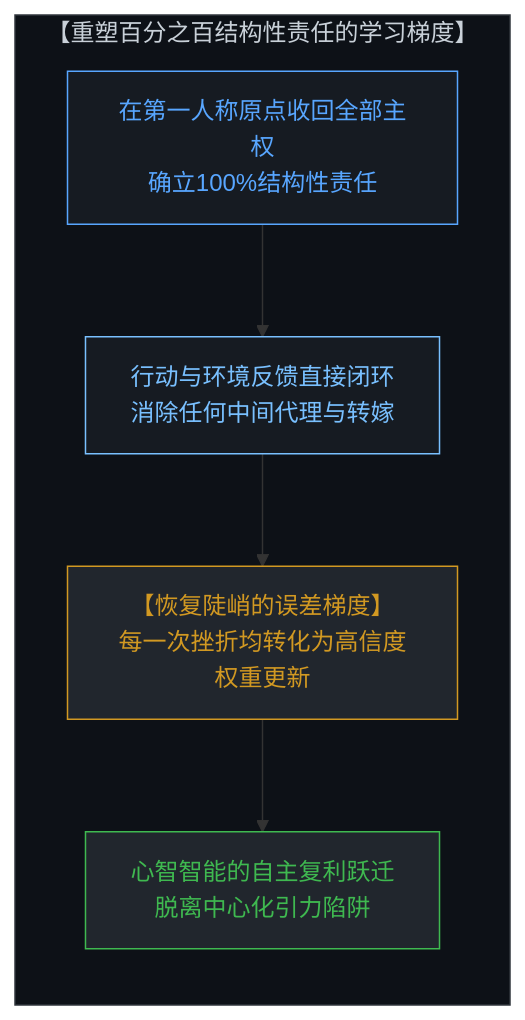
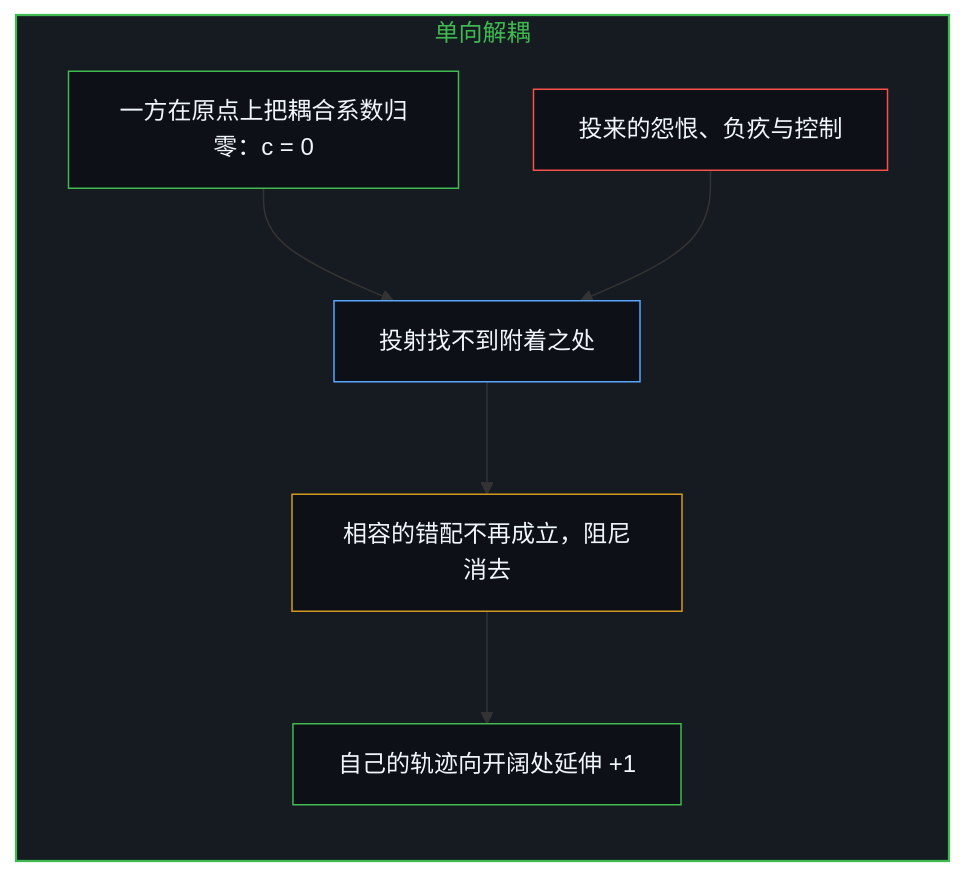
One commit to powerpig99/not-a-toe changed diagram 11 of 12 in content/posts/the-power-law-of-surrendered-agency.md. Above: the diagram before and after it, drawn with Mermaid. The commit also changed other lines of this file and 2 other files, not shown here.

Commit message:
Refine the-power-law-of-surrendered-agency: alternating bilingual layout, six paired diagrams, implicit first person

````diff
--- a/content/posts/the-power-law-of-surrendered-agency.md
+++ b/content/posts/the-power-law-of-surrendered-agency.md
@@ -260,18 +315,22 @@
 ```mermaid
-graph TD
-    subgraph RestoreGradient["【重塑百分之百结构性责任的学习梯度】"]
+flowchart TD
+    subgraph S_Decouple["单向解耦"]
         direction TB
-        ReclaimOrigin["在第一人称原点收回全部主权<br>确立100%结构性责任"]
-        DirectCoupling["行动与环境反馈直接闭环<br>消除任何中间代理与转嫁"]
-        SteepGradient["【恢复陡峭的误差梯度】<br>每一次挫折均转化为高信度权重更新"]
-        ExponentialGrowth["心智智能的自主复利跃迁<br>脱离中心化引力陷阱"]
-        ReclaimOrigin --> DirectCoupling
-        DirectCoupling --> SteepGradient
-        SteepGradient --> ExponentialGrowth
+        Zero["一方在原点上把耦合系数归零：c = 0"]
+        Projected["投来的怨恨、负疚与控制"]
+        Miss["投射找不到附着之处"]
+        Collapse["相容的错配不再成立，阻尼消去"]
+        Path["自己的轨迹向开阔处延伸 +1"]
+        Zero --> Miss
+        Projected --> Miss
+        Miss --> Collapse
+        Collapse --> Path
     end
-    style RestoreGradient fill:#0d1117,stroke:#30363d,stroke-width:1px,color:#c9d1d9
-    style ReclaimOrigin fill:#161b22,stroke:#58a6ff,stroke-width:1px,color:#58a6ff
-    style DirectCoupling fill:#161b22,stroke:#79c0ff,stroke-width:1px,color:#79c0ff
-    style SteepGradient fill:#21262d,stroke:#d29922,color:#d29922
-    style ExponentialGrowth fill:#21262d,stroke:#3fb950,color:#3fb950
+
+    style S_Decouple fill:#161b22,stroke:#3fb950,stroke-width:1.5px,color:#3fb950
+    style Zero fill:#0d1117,stroke:#3fb950,stroke-width:1px,color:#f0f6fc
+    style Projected fill:#0d1117,stroke:#f85149,stroke-width:1px,color:#f0f6fc
+    style Miss fill:#0d1117,stroke:#58a6ff,stroke-width:1px,color:#f0f6fc
+    style Collapse fill:#0d1117,stroke:#d29922,stroke-width:1px,color:#f0f6fc
+    style Path fill:#0d1117,stroke:#3fb950,stroke-width:1px,color:#f0f6fc
 ```
````
